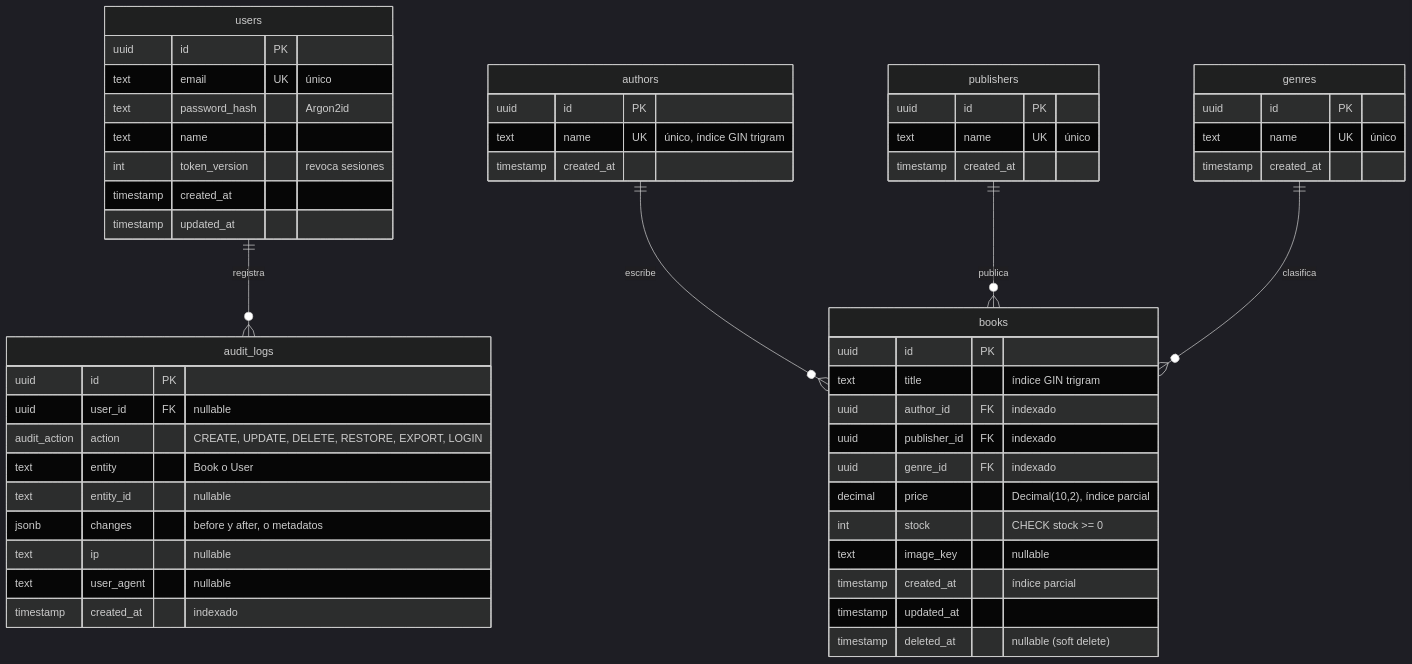
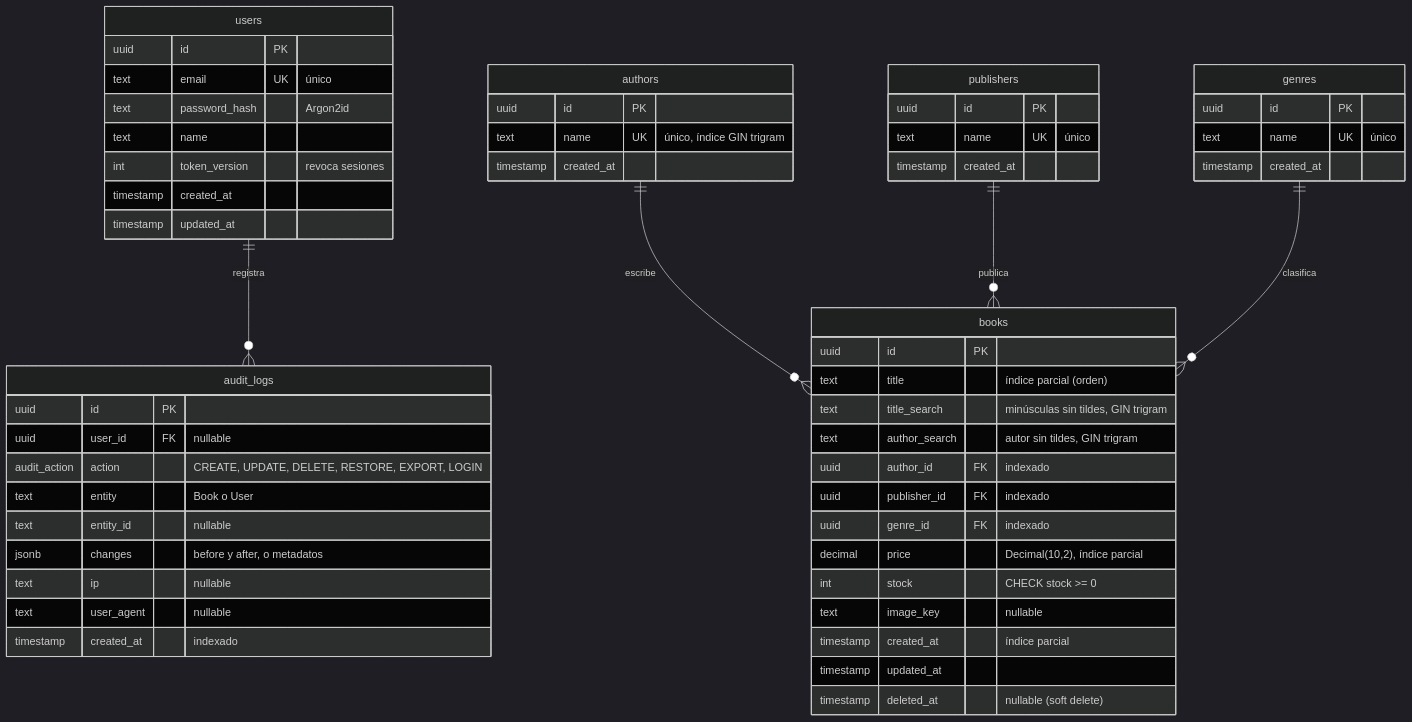
Before and after one commit to erikjara/cmpc-libros: the diagram in docs/database.md, drawn with Mermaid (dark theme). The commit also changed other lines of this file and 2 other files, not shown here.

Commit message:
docs: búsqueda sin tildes, caracteres de control y portada con If-Match

````diff
--- a/docs/database.md
+++ b/docs/database.md
@@ -10,61 +10,63 @@
 ```mermaid
 erDiagram
     users ||--o{ audit_logs : "registra"
     authors ||--o{ books : "escribe"
     publishers ||--o{ books : "publica"
     genres ||--o{ books : "clasifica"
 
     users {
         uuid id PK
         text email UK "único"
         text password_hash "Argon2id"
         text name
         int token_version "revoca sesiones"
         timestamp created_at
         timestamp updated_at
     }
 
     authors {
         uuid id PK
         text name UK "único, índice GIN trigram"
         timestamp created_at
     }
 
     publishers {
         uuid id PK
         text name UK "único"
         timestamp created_at
     }
 
     genres {
         uuid id PK
         text name UK "único"
         timestamp created_at
     }
 
     books {
         uuid id PK
-        text title "índice GIN trigram"
+        text title "índice parcial (orden)"
+        text title_search "minúsculas sin tildes, GIN trigram"
+        text author_search "autor sin tildes, GIN trigram"
         uuid author_id FK "indexado"
         uuid publisher_id FK "indexado"
         uuid genre_id FK "indexado"
         decimal price "Decimal(10,2), índice parcial"
         int stock "CHECK stock >= 0"
         text image_key "nullable"
         timestamp created_at "índice parcial"
         timestamp updated_at
         timestamp deleted_at "nullable (soft delete)"
     }
 
     audit_logs {
         uuid id PK
         uuid user_id FK "nullable"
         audit_action action "CREATE, UPDATE, DELETE, RESTORE, EXPORT, LOGIN"
         text entity "Book o User"
         text entity_id "nullable"
         jsonb changes "before y after, o metadatos"
         text ip "nullable"
         text user_agent "nullable"
         timestamp created_at "indexado"
     }
 ```
````
